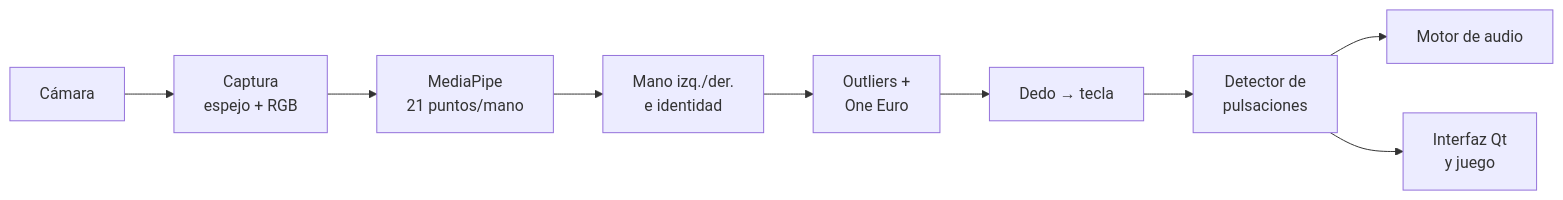
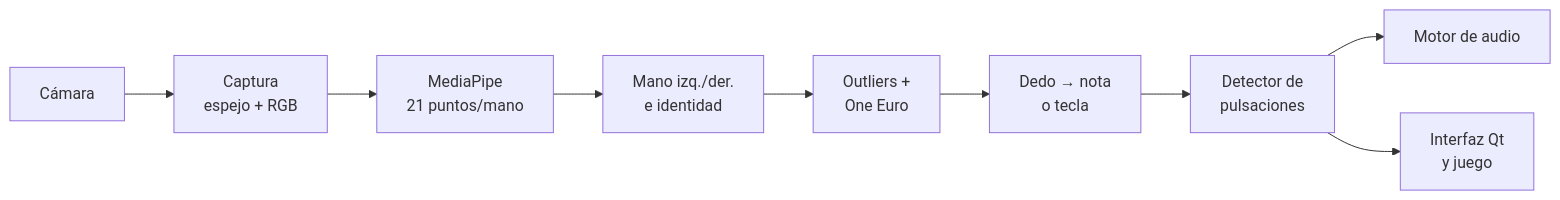
One commit to kcitas/hand-piann0 changed the diagram in README.md. Above: the diagram before and after it, drawn with Mermaid. The commit also changed other lines of this file and 17 other files, not shown here.

First line of the commit message:
Menú de inicio, modo "dedo = nota" y guía de postura

````diff
--- a/README.md
+++ b/README.md
@@ -205,11 +242,11 @@
 ```mermaid
 flowchart LR
     A[Cámara] --> B[Captura<br/>espejo + RGB]
     B --> C[MediaPipe<br/>21 puntos/mano]
     C --> D[Mano izq./der.<br/>e identidad]
     D --> E[Outliers +<br/>One Euro]
-    E --> F[Dedo → tecla]
+    E --> F[Dedo → nota<br/>o tecla]
     F --> G[Detector de<br/>pulsaciones]
     G --> H[Motor de audio]
     G --> I[Interfaz Qt<br/>y juego]
 ```
````
